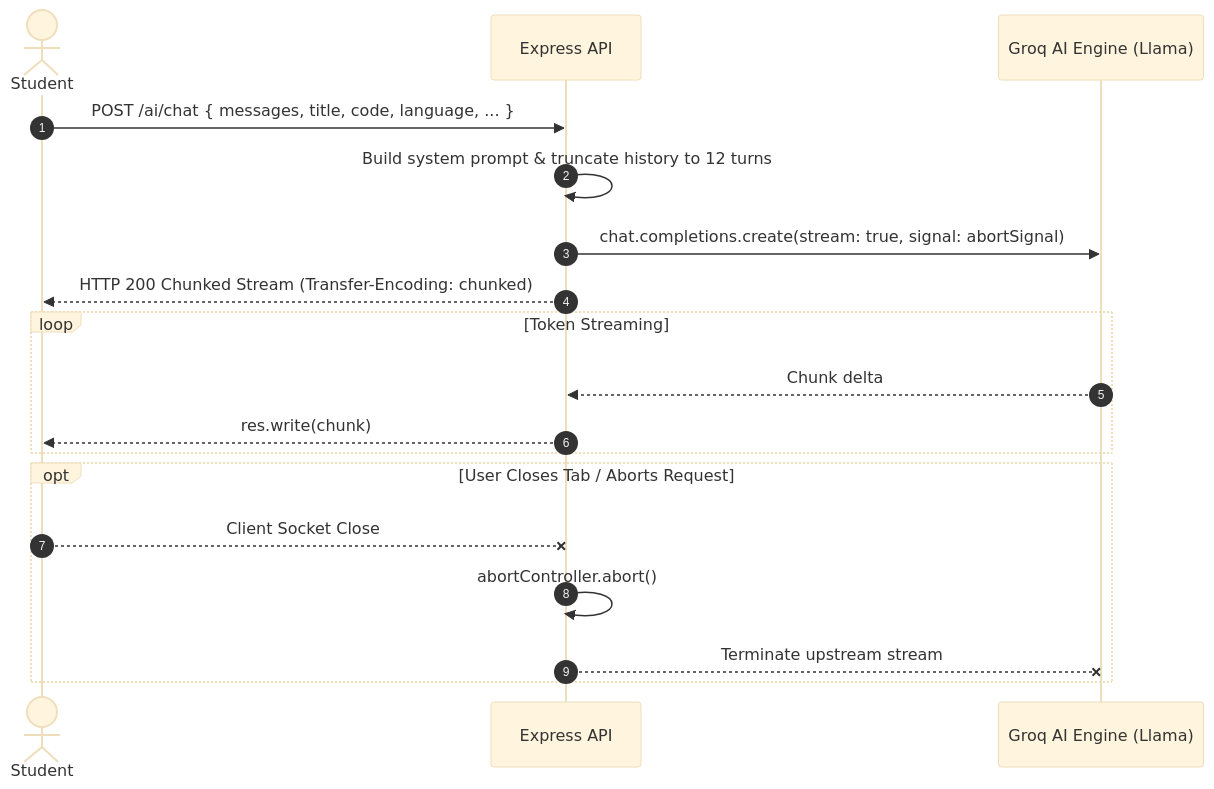
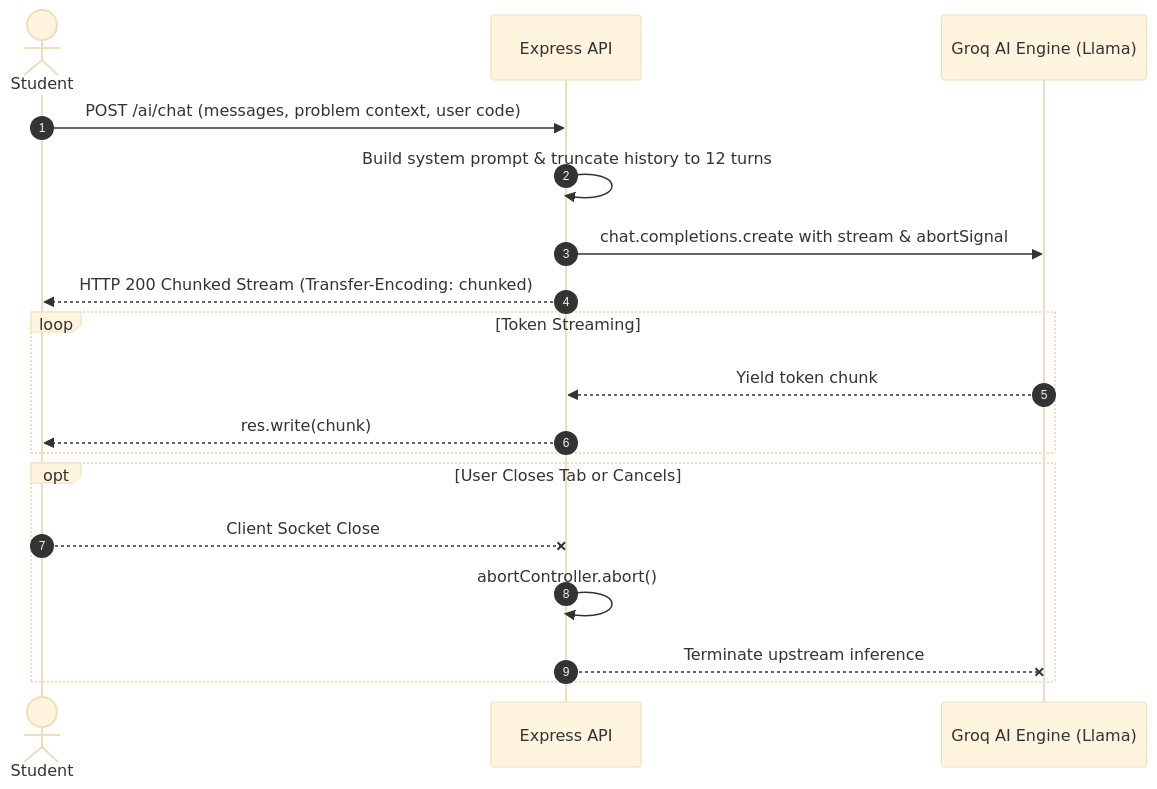
Before and after one commit to Hardoo-009/NexCode-backend: the fourth of 5 diagrams in README.md, drawn with Mermaid (base theme). The commit also changed other lines of this file, not shown here.

Commit message:
Refactor README for clarity: update router descriptions, improve sequence diagram annotations, and enhance enum formatting

````diff
--- a/README.md
+++ b/README.md
@@ -176,23 +176,23 @@
 ```mermaid
 sequenceDiagram
     autonumber
     actor User as Student
     participant API as Express API
     participant Groq as Groq AI Engine (Llama)
 
-    User->>API: POST /ai/chat { messages, title, code, language, ... }
+    User->>API: POST /ai/chat (messages, problem context, user code)
     API->>API: Build system prompt & truncate history to 12 turns
-    API->>Groq: chat.completions.create(stream: true, signal: abortSignal)
+    API->>Groq: chat.completions.create with stream & abortSignal
     API-->>User: HTTP 200 Chunked Stream (Transfer-Encoding: chunked)
     
     loop Token Streaming
-        Groq-->>API: Chunk delta
+        Groq-->>API: Yield token chunk
         API-->>User: res.write(chunk)
     end
 
-    opt User Closes Tab / Aborts Request
+    opt User Closes Tab or Cancels
         User--xAPI: Client Socket Close
         API->>API: abortController.abort()
-        API--xGroq: Terminate upstream stream
+        API--xGroq: Terminate upstream inference
     end
 ```
````
